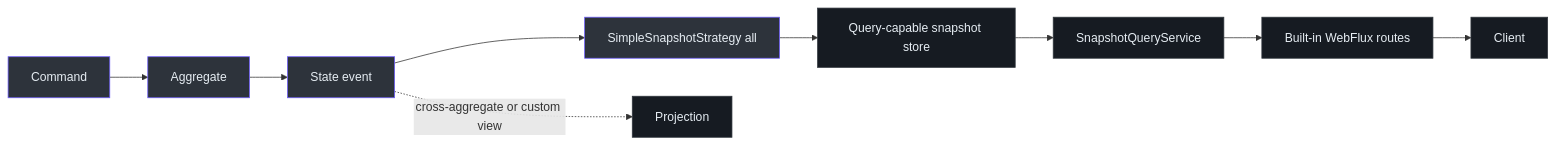
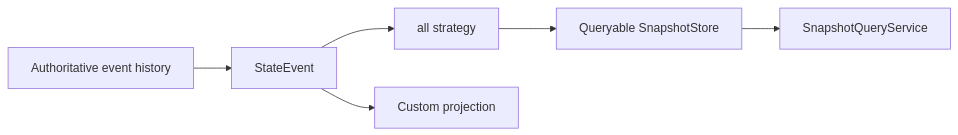
Before and after one commit to Ahoo-Wang/Wow: the third of 3 diagrams in documentation/docs/en/guide/snapshot.md, drawn with Mermaid. The commit also changed other lines of this file and 166 other files, not shown here.

````diff
--- a/documentation/docs/en/guide/snapshot.md
+++ b/documentation/docs/en/guide/snapshot.md
@@ -213,16 +150,8 @@
 ```mermaid
 flowchart LR
-    Command[Command] --> Aggregate[Aggregate]
-    Aggregate --> Event[State event]
-    Event --> Strategy[SimpleSnapshotStrategy all]
-    Strategy --> Store[Query-capable snapshot store]
-    Store --> Service[SnapshotQueryService]
-    Service --> Routes[Built-in WebFlux routes]
-    Routes --> Client[Client]
-    Event -. cross-aggregate or custom view .-> Projection[Projection]
-
-    classDef primary fill:#2d333b,stroke:#6d5dfc,color:#e6edf3
-    classDef secondary fill:#161b22,stroke:#30363d,color:#e6edf3
-    class Command,Aggregate,Event,Strategy primary
-    class Store,Service,Routes,Client,Projection secondary
+    EventHistory[Authoritative event history] --> StateEvent
+    StateEvent --> Strategy[all strategy]
+    Strategy --> SnapshotStore[Queryable SnapshotStore]
+    SnapshotStore --> Query[SnapshotQueryService]
+    StateEvent --> Projection[Custom projection]
 ```
````
